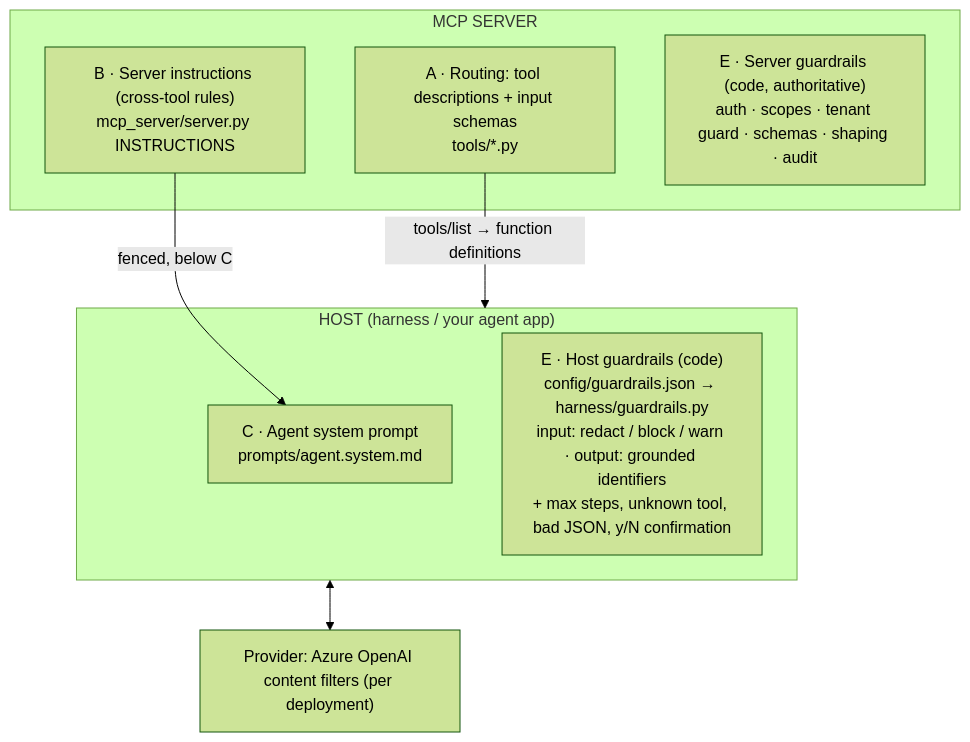
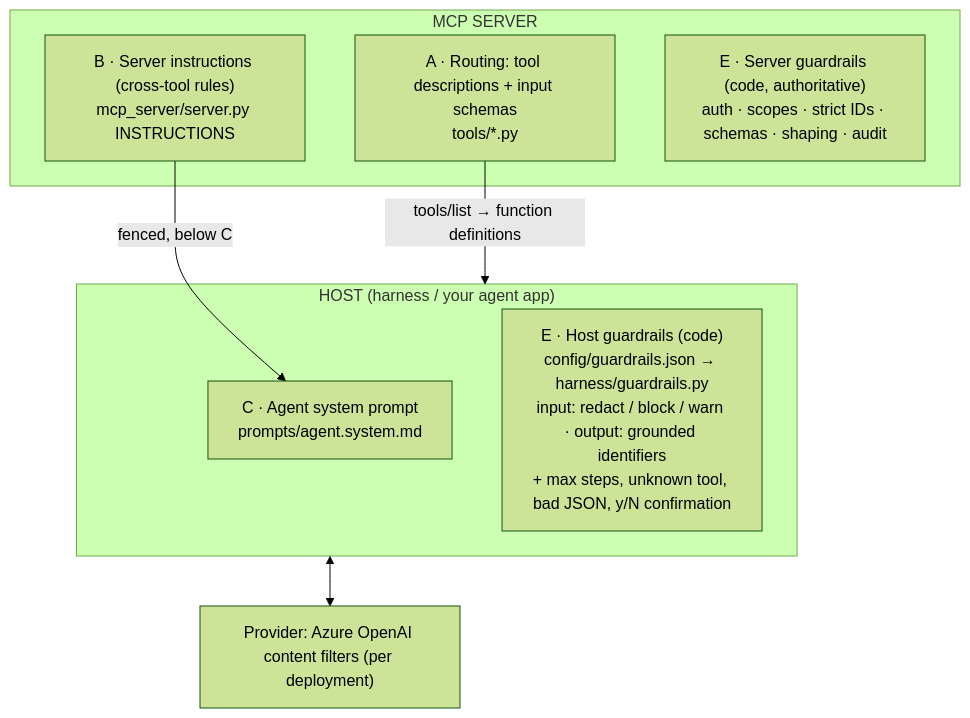
Before and after one commit to teja1989/Intel-Inteligence-mcp: the diagram in docs/05b-prompts-and-guardrails.md, drawn with Mermaid (forest theme). The commit also changed other lines of this file and 72 other files, not shown here.

````diff
--- a/docs/05b-prompts-and-guardrails.md
+++ b/docs/05b-prompts-and-guardrails.md
@@ -25,16 +25,16 @@
 ```mermaid
 flowchart TB
     subgraph Host["HOST (harness / your agent app)"]
         C["C · Agent system prompt<br/>prompts/agent.system.md"]
         EH["E · Host guardrails (code)<br/>config/guardrails.json → harness/guardrails.py<br/>input: redact / block / warn · output: grounded identifiers<br/>+ max steps, unknown tool, bad JSON, y/N confirmation"]
     end
     subgraph Server["MCP SERVER"]
         A["A · Routing: tool descriptions + input schemas<br/>tools/*.py"]
         B["B · Server instructions (cross-tool rules)<br/>mcp_server/server.py INSTRUCTIONS"]
-        ES["E · Server guardrails (code, authoritative)<br/>auth · scopes · tenant guard · schemas · shaping · audit"]
+        ES["E · Server guardrails (code, authoritative)<br/>auth · scopes · strict IDs · schemas · shaping · audit"]
     end
     P["Provider: Azure OpenAI content filters (per deployment)"]
     B -- "fenced, below C" --> C
     A -- "tools/list → function definitions" --> Host
     Host <--> P
 ```
````
